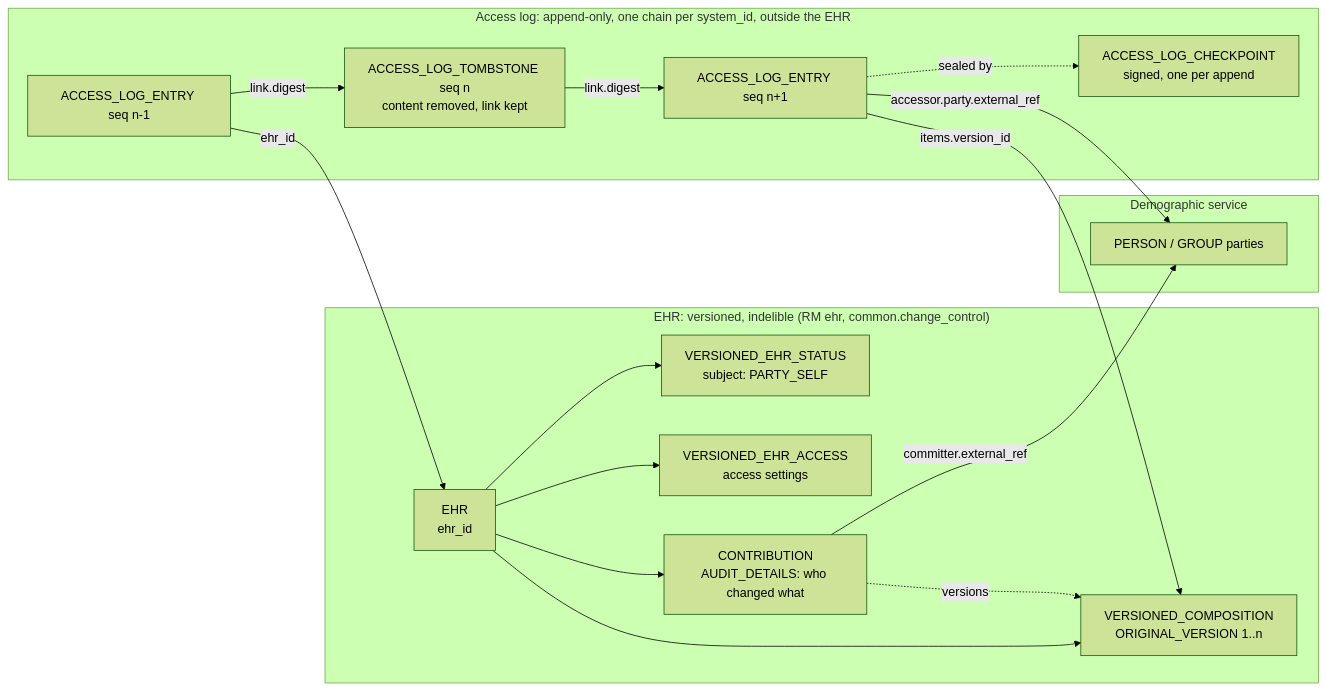
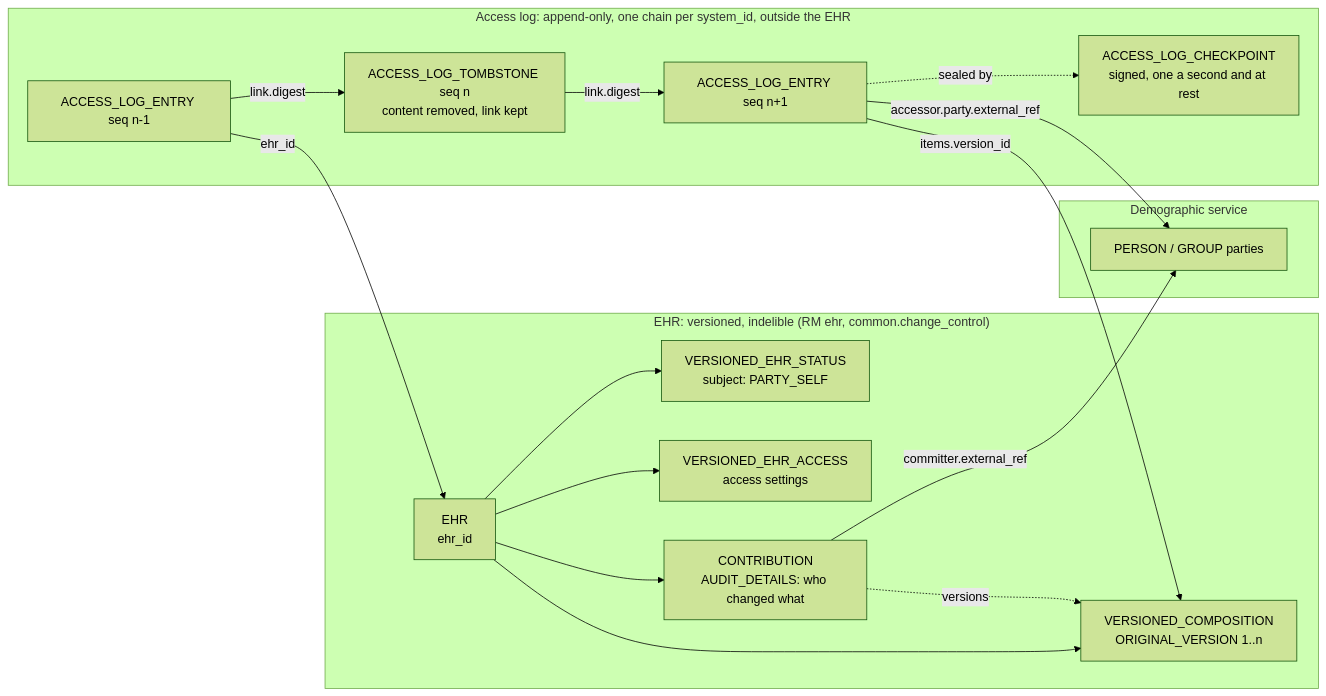
One commit to FerroHEALTH/FerroEHR changed the first of 5 diagrams in docs/plans/access-log.md. Above: the diagram before and after it, drawn with Mermaid (forest theme). The commit also changed other lines of this file and 9 other files, not shown here.

First line of the commit message:
perf(audit): seal the access log once a second under load and once at rest (#5770)

````diff
--- a/docs/plans/access-log.md
+++ b/docs/plans/access-log.md
@@ -166,31 +167,31 @@
 ```mermaid
 flowchart LR
   subgraph EHRBOX["EHR: versioned, indelible (RM ehr, common.change_control)"]
     EHR["EHR<br/>ehr_id"]
     STATUS["VERSIONED_EHR_STATUS<br/>subject: PARTY_SELF"]
     ACCESS["VERSIONED_EHR_ACCESS<br/>access settings"]
     COMP["VERSIONED_COMPOSITION<br/>ORIGINAL_VERSION 1..n"]
     CONTRIB["CONTRIBUTION<br/>AUDIT_DETAILS: who changed what"]
     EHR --> STATUS
     EHR --> ACCESS
     EHR --> COMP
     EHR --> CONTRIB
     CONTRIB -. versions .-> COMP
   end
   subgraph DEMO["Demographic service"]
     PERSON["PERSON / GROUP parties"]
   end
   subgraph LOG["Access log: append-only, one chain per system_id, outside the EHR"]
     E1["ACCESS_LOG_ENTRY seq n-1"]
     E2["ACCESS_LOG_TOMBSTONE seq n<br/>content removed, link kept"]
     E3["ACCESS_LOG_ENTRY seq n+1"]
-    CP["ACCESS_LOG_CHECKPOINT<br/>signed, one per append"]
+    CP["ACCESS_LOG_CHECKPOINT<br/>signed, one a second and at rest"]
     E1 -- "link.digest" --> E2
     E2 -- "link.digest" --> E3
     E3 -. "sealed by" .-> CP
   end
   E1 -- "ehr_id" --> EHR
   E3 -- "items.version_id" --> COMP
   E3 -- "accessor.party.external_ref" --> PERSON
   CONTRIB -- "committer.external_ref" --> PERSON
 ```
````
